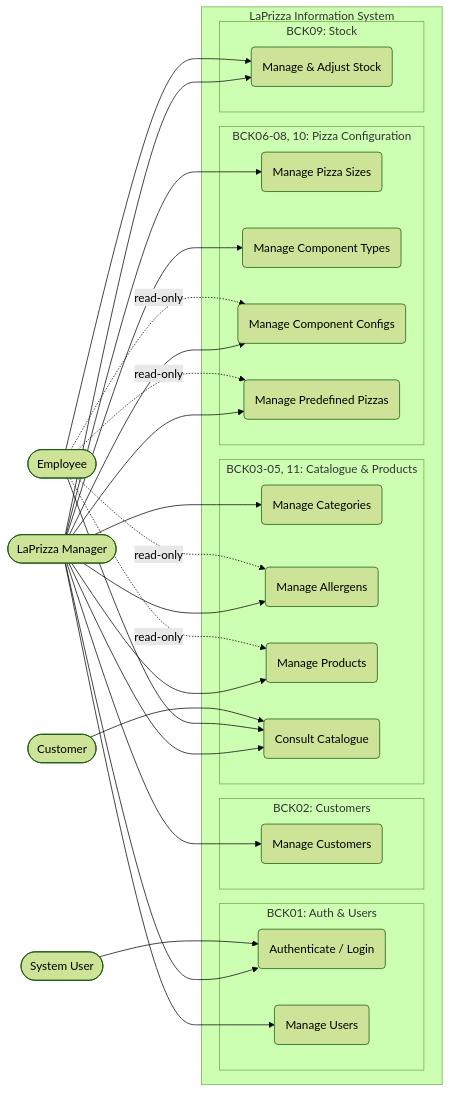
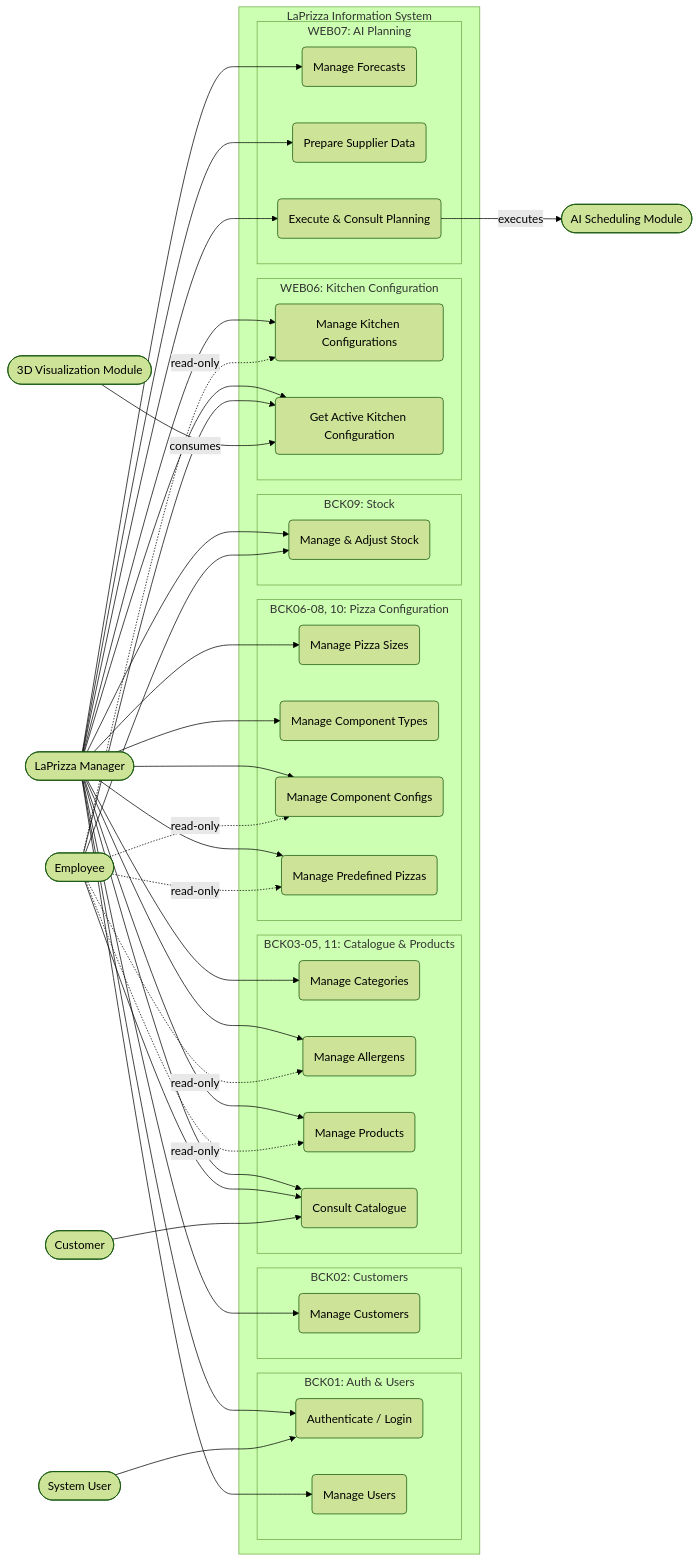
One commit to ivasduarte/laprizza changed the diagram in docs/analysis/diagrams/use-case-views/global-use-case-view.mermaid. Above: the diagram before and after it, drawn with Mermaid (forest theme). The commit also changed 21 other files, not shown here.

```diff
--- a/docs/analysis/diagrams/use-case-views/global-use-case-view.mermaid
+++ b/docs/analysis/diagrams/use-case-views/global-use-case-view.mermaid
@@ -1,54 +1,75 @@
 flowchart LR
     Manager([LaPrizza Manager])
     SystemUser([System User])
     Employee([Employee])
     Customer([Customer])
+    Viz3D([3D Visualization Module])
+    AI([AI Scheduling Module])
 
     subgraph System [LaPrizza Information System]
         subgraph Auth [BCK01: Auth & Users]
             UC_Auth(Authenticate / Login)
             UC_Users(Manage Users)
         end
         subgraph Cust [BCK02: Customers]
             UC_Cust(Manage Customers)
         end
         subgraph Catalog [BCK03-05, 11: Catalogue & Products]
             UC_Cat(Manage Categories)
             UC_Allergens(Manage Allergens)
             UC_Prod(Manage Products)
             UC_Catalog(Consult Catalogue)
         end
         subgraph Config [BCK06-08, 10: Pizza Configuration]
             UC_Sizes(Manage Pizza Sizes)
             UC_Types(Manage Component Types)
             UC_Configs(Manage Component Configs)
             UC_Predef(Manage Predefined Pizzas)
         end
         subgraph Stock [BCK09: Stock]
             UC_Stock(Manage & Adjust Stock)
         end
+        subgraph Kitchen [WEB06: Kitchen Configuration]
+            UC_Kitchen(Manage Kitchen Configurations)
+            UC_ActiveKitchen(Get Active Kitchen Configuration)
+        end
+        subgraph Planning [WEB07: AI Planning]
+            UC_Forecasts(Manage Forecasts)
+            UC_Suppliers(Prepare Supplier Data)
+            UC_Planning(Execute & Consult Planning)
+        end
     end
 
     Manager --> UC_Auth
     Manager --> UC_Users
     Manager --> UC_Cust
     Manager --> UC_Cat
     Manager --> UC_Allergens
     Manager --> UC_Prod
     Manager --> UC_Sizes
     Manager --> UC_Types
     Manager --> UC_Configs
     Manager --> UC_Predef
     Manager --> UC_Stock
     Manager --> UC_Catalog
+    Manager --> UC_Kitchen
+    Manager --> UC_ActiveKitchen
+    Manager --> UC_Forecasts
+    Manager --> UC_Suppliers
+    Manager --> UC_Planning
 
     SystemUser --> UC_Auth
-    
+
     Employee -.->|read-only| UC_Allergens
     Employee -.->|read-only| UC_Prod
     Employee -.->|read-only| UC_Configs
     Employee -.->|read-only| UC_Predef
+    Employee -.->|read-only| UC_Kitchen
+    Employee --> UC_ActiveKitchen
     Employee --> UC_Stock
     Employee --> UC_Catalog
-    
+
     Customer --> UC_Catalog
+
+    Viz3D -->|consumes| UC_ActiveKitchen
+    UC_Planning -->|executes| AI
```
